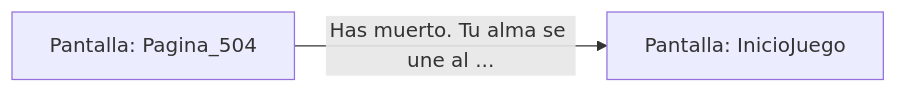
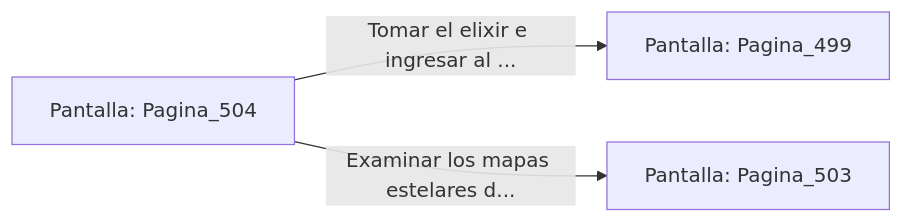
Before and after one commit to metsuke/mpl: the diagram in sample/eligejuego-vault/Pantalla_Pagina_504.md, drawn with Mermaid. The commit also changed other lines of this file and 635 other files, not shown here.

First line of the commit message:
fix: añadir Pagina_1 como pantalla inicial en capitulo_01.mpl

````diff
--- a/sample/eligejuego-vault/Pantalla_Pagina_504.md
+++ b/sample/eligejuego-vault/Pantalla_Pagina_504.md
@@ -17,5 +22,6 @@
 ```mermaid
 graph LR
     P_Pagina_504["Pantalla: Pagina_504"]
-    P_Pagina_504 -->|"Has muerto. Tu alma se une al ..."| P_InicioJuego["Pantalla: InicioJuego"]
+    P_Pagina_504 -->|"Tomar el elixir e ingresar al ..."| P_Pagina_499["Pantalla: Pagina_499"]
+    P_Pagina_504 -->|"Examinar los mapas estelares d..."| P_Pagina_503["Pantalla: Pagina_503"]
 ```
````
